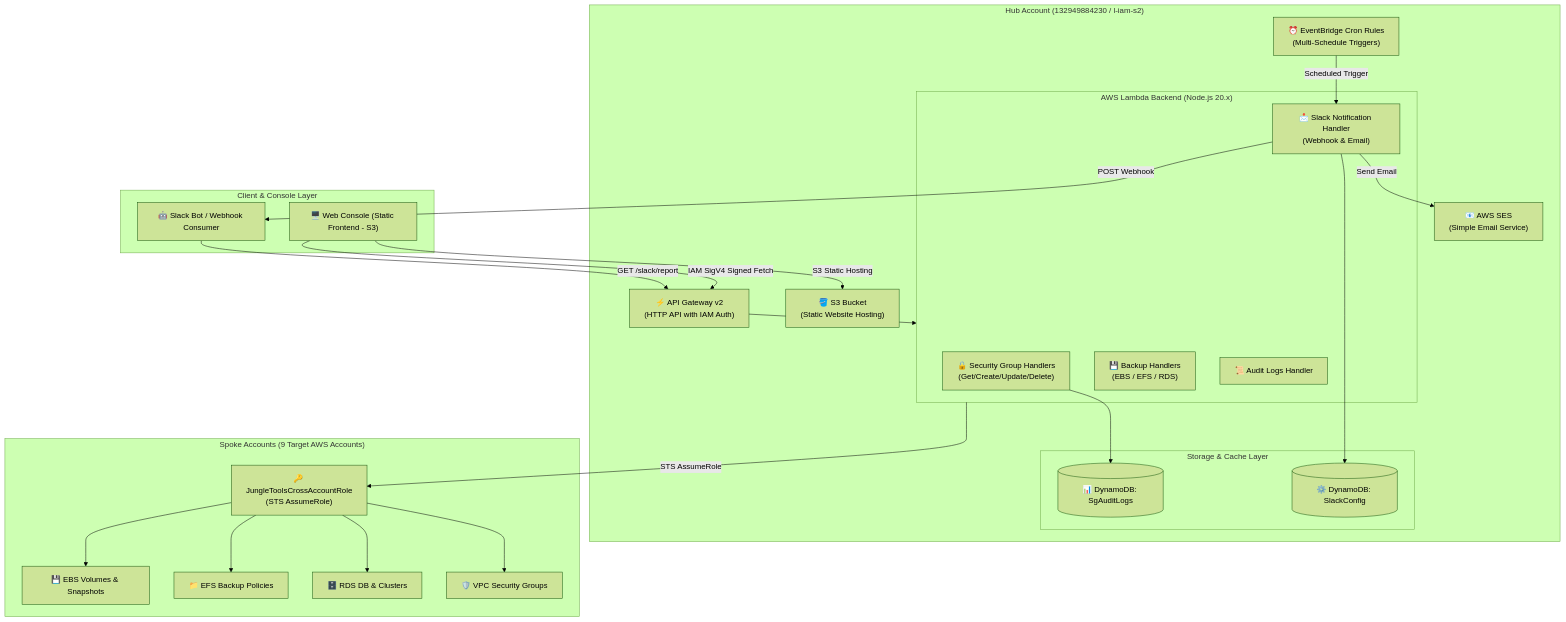
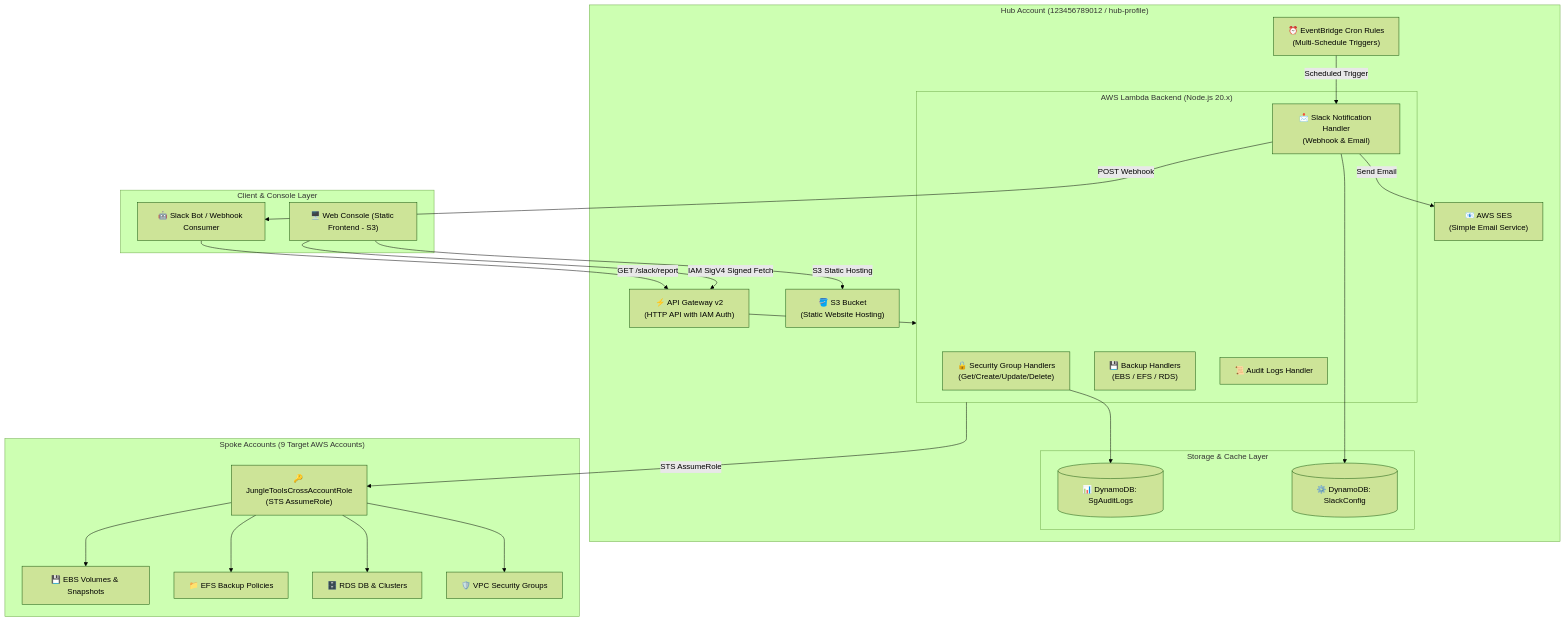
Before and after one commit to keikun80/jungletools: the diagram in README.md, drawn with Mermaid (forest theme). The commit also changed other lines of this file and 6 other files, not shown here.

Commit message:
docs: add INSTALL.md guide and mask Hub account information with mock values

````diff
--- a/README.md
+++ b/README.md
@@ -73,53 +73,53 @@
 ```mermaid
 flowchart TB
     subgraph Client ["Client & Console Layer"]
         Browser["🖥️ Web Console (Static Frontend - S3)"]
         SlackBot["🤖 Slack Bot / Webhook Consumer"]
     end
 
-    subgraph HubAccount ["Hub Account (132949884230 / l-iam-s2)"]
+    subgraph HubAccount ["Hub Account (123456789012 / hub-profile)"]
         S3["🪣 S3 Bucket<br/>(Static Website Hosting)"]
         APIGW["⚡ API Gateway v2<br/>(HTTP API with IAM Auth)"]
         
         subgraph Lambdas ["AWS Lambda Backend (Node.js 20.x)"]
             SG_Func["🔒 Security Group Handlers<br/>(Get/Create/Update/Delete)"]
             Backup_Func["💾 Backup Handlers<br/>(EBS / EFS / RDS)"]
             Slack_Func["📩 Slack Notification Handler<br/>(Webhook & Email)"]
             Audit_Func["📜 Audit Logs Handler"]
         end
 
         subgraph Storage ["Storage & Cache Layer"]
             AuditDB[("📊 DynamoDB: SgAuditLogs")]
             SlackDB[("⚙️ DynamoDB: SlackConfig")]
         end
 
         SES["📧 AWS SES<br/>(Simple Email Service)"]
         EventBridge["⏰ EventBridge Cron Rules<br/>(Multi-Schedule Triggers)"]
     end
 
     subgraph SpokeAccounts ["Spoke Accounts (9 Target AWS Accounts)"]
         SpokeRole["🔑 JungleToolsCrossAccountRole<br/>(STS AssumeRole)"]
         EBS["💾 EBS Volumes & Snapshots"]
         EFS["📁 EFS Backup Policies"]
         RDS["🗄️ RDS DB & Clusters"]
         SG["🛡️ VPC Security Groups"]
     end
 
     Browser -->|S3 Static Hosting| S3
     Browser -->|IAM SigV4 Signed Fetch| APIGW
     SlackBot -->|GET /slack/report| APIGW
     
     APIGW --> Lambdas
     EventBridge -->|Scheduled Trigger| Slack_Func
 
     SG_Func --> AuditDB
     Slack_Func --> SlackDB
     Slack_Func -->|Send Email| SES
     Slack_Func -->|POST Webhook| SlackBot
 
     Lambdas -->|STS AssumeRole| SpokeRole
     SpokeRole --> EBS
     SpokeRole --> EFS
     SpokeRole --> RDS
     SpokeRole --> SG
 ```
````
